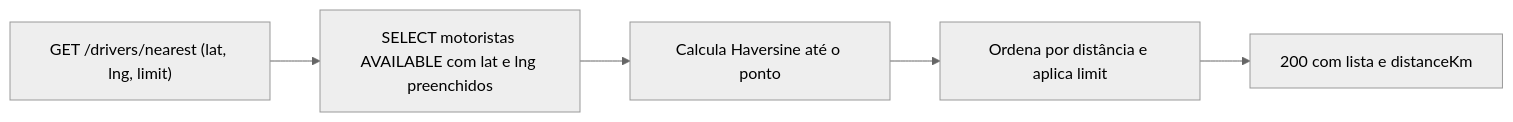
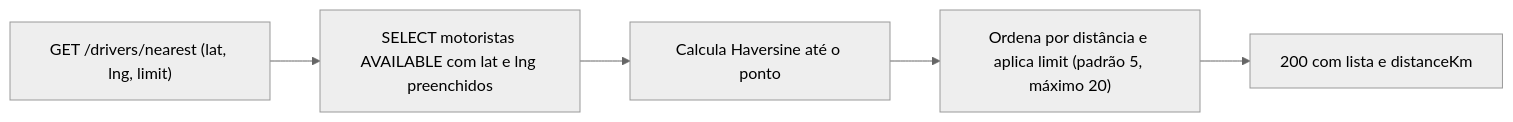
Diagram 12 of 17 in docs/flows.md (Edryck/kj-fleets), drawn with Mermaid (neutral theme) before and after one commit. The commit also changed other lines of this file and 6 other files, not shown here.

````diff
--- a/docs/flows.md
+++ b/docs/flows.md
@@ -281,7 +281,7 @@
 ```mermaid
 flowchart LR
     A["GET /drivers/nearest (lat, lng, limit)"] --> B["SELECT motoristas AVAILABLE com lat e lng preenchidos"]
     B --> C["Calcula Haversine até o ponto"]
-    C --> D["Ordena por distância e aplica limit"]
+    C --> D["Ordena por distância e aplica limit (padrão 5, máximo 20)"]
     D --> E["200 com lista e distanceKm"]
 ```
````
